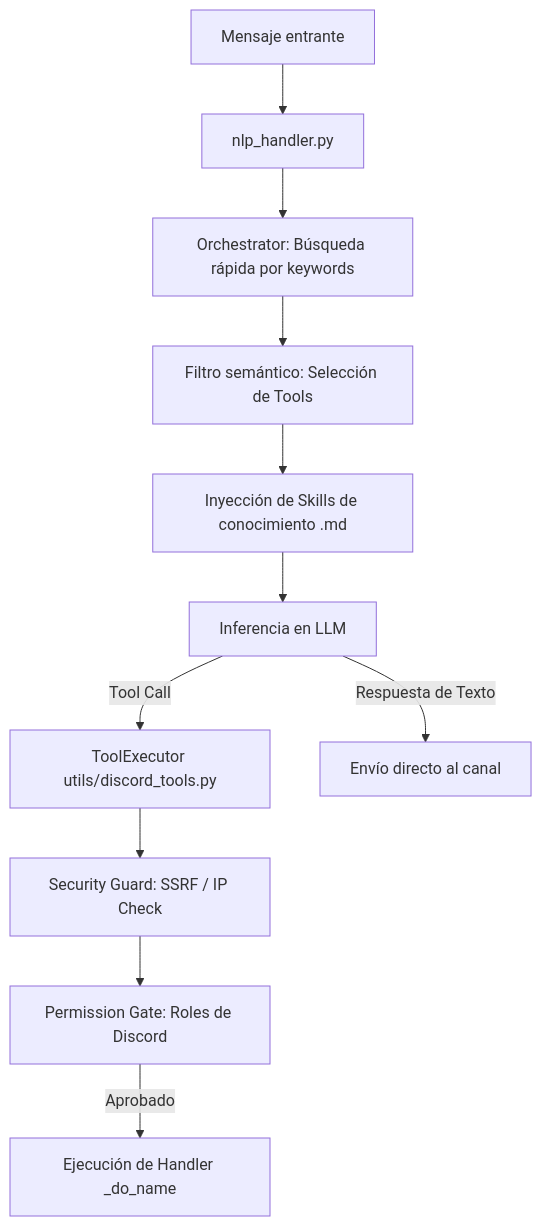
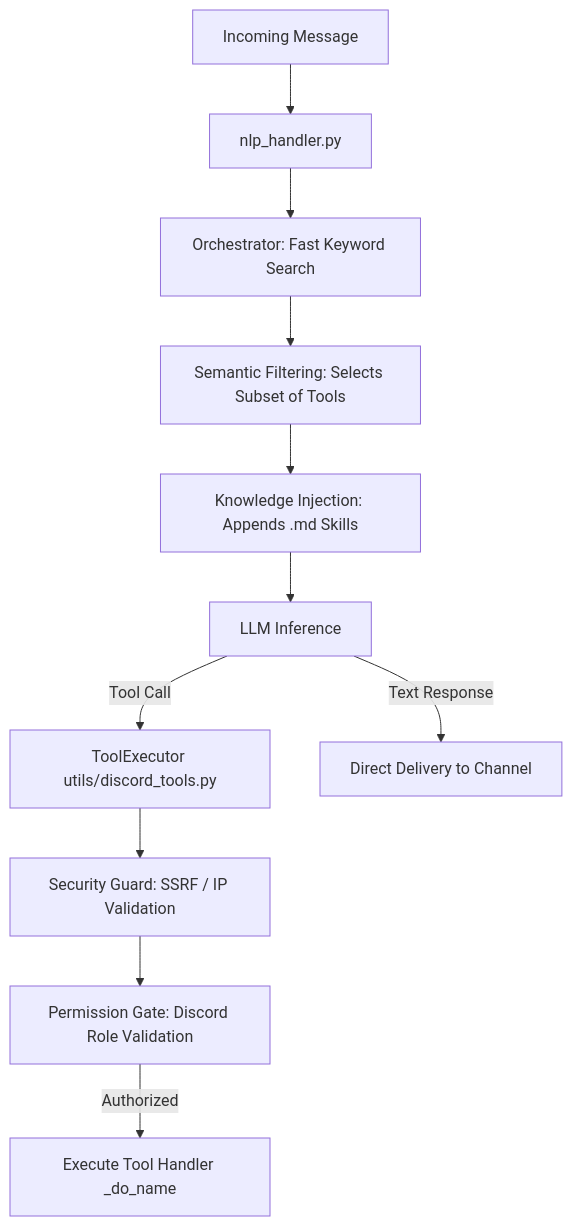
One commit to ArisRhiannon/djinn changed the diagram in README.md. Above: the diagram before and after it, drawn with Mermaid. The commit also changed other lines of this file, not shown here.

````diff
--- a/README.md
+++ b/README.md
@@ -129,13 +129,13 @@
 ```mermaid
 graph TD
-    A[Mensaje entrante] --> B[nlp_handler.py]
-    B --> C[Orchestrator: Búsqueda rápida por keywords]
-    C --> D[Filtro semántico: Selección de Tools]
-    D --> E[Inyección de Skills de conocimiento .md]
-    E --> F[Inferencia en LLM]
+    A[Incoming Message] --> B[nlp_handler.py]
+    B --> C[Orchestrator: Fast Keyword Search]
+    C --> D[Semantic Filtering: Selects Subset of Tools]
+    D --> E[Knowledge Injection: Appends .md Skills]
+    E --> F[LLM Inference]
     F -->|Tool Call| G[ToolExecutor utils/discord_tools.py]
-    G --> H[Security Guard: SSRF / IP Check]
-    H --> I[Permission Gate: Roles de Discord]
-    I -->|Aprobado| J[Ejecución de Handler _do_name]
-    F -->|Respuesta de Texto| K[Envío directo al canal]
+    G --> H[Security Guard: SSRF / IP Validation]
+    H --> I[Permission Gate: Discord Role Validation]
+    I -->|Authorized| J[Execute Tool Handler _do_name]
+    F -->|Text Response| K[Direct Delivery to Channel]
 ```
````
